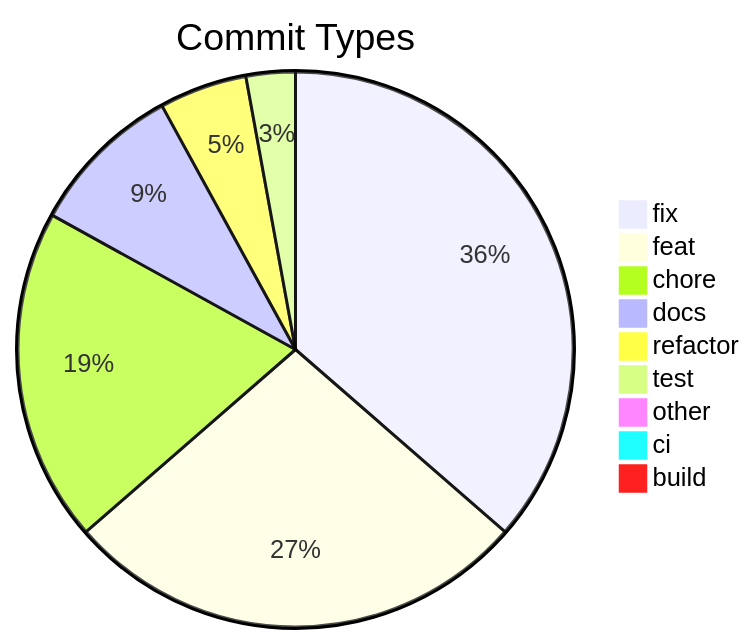
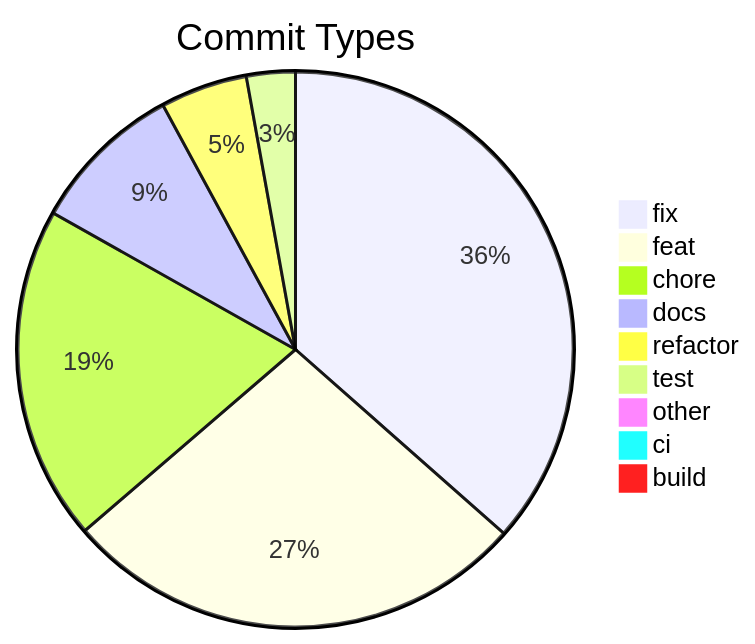
The diagram in .shipwright/compliance/change-history.md (svenroth-ai/shipwright-webui), drawn with Mermaid before and after one commit. The commit also changed other lines of this file and 14 other files, not shown here.

````diff
--- a/.shipwright/compliance/change-history.md
+++ b/.shipwright/compliance/change-history.md
@@ -8,12 +8,12 @@
 ```mermaid
 pie title Commit Types
-    "fix" : 178
-    "feat" : 133
-    "chore" : 95
+    "fix" : 180
+    "feat" : 134
+    "chore" : 96
     "docs" : 44
     "refactor" : 25
     "test" : 14
     "other" : 4
     "ci" : 3
     "build" : 1
 ```
````
